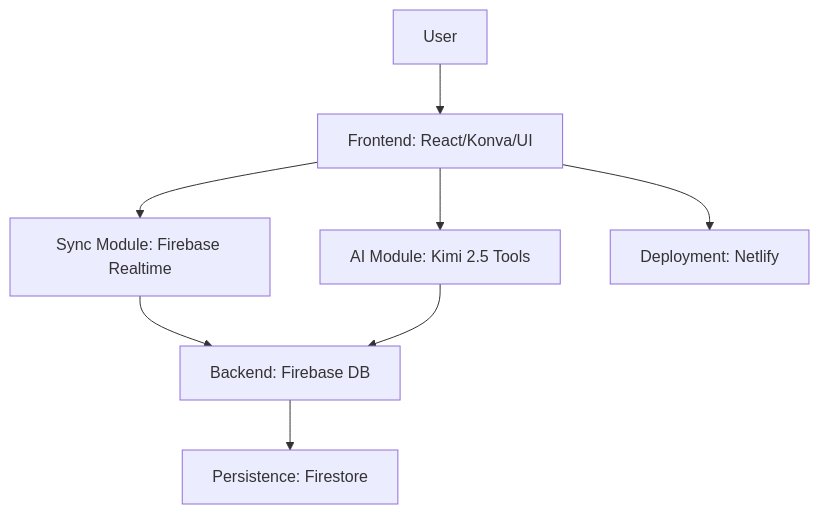
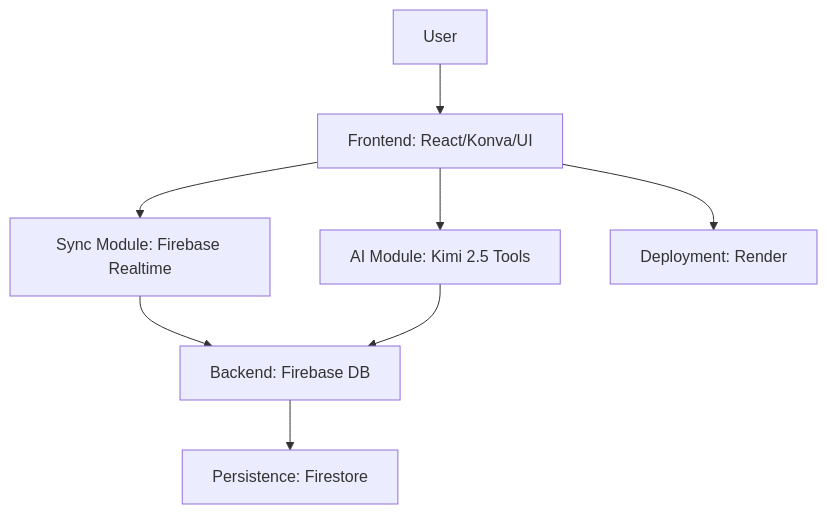
Before and after one commit to MichaelHabermas/gai-collab-board: the first of 2 diagrams in docs/research/PRD-V1.md, drawn with Mermaid. The commit also changed other lines of this file and 27 other files, not shown here.

First line of the commit message:
refactor: transition deployment from Netlify to Render

````diff
--- a/docs/research/PRD-V1.md
+++ b/docs/research/PRD-V1.md
@@ -26,10 +26,10 @@
 ```mermaid
 flowchart TD
     A[User] --> B[Frontend: React/Konva/UI]
     B --> C[Sync Module: Firebase Realtime]
     B --> D[AI Module: Kimi 2.5 Tools]
     C --> E[Backend: Firebase DB]
     D --> E
     E --> F[Persistence: Firestore]
-    B --> G[Deployment: Netlify]
+    B --> G[Deployment: Render]
 ```
````
